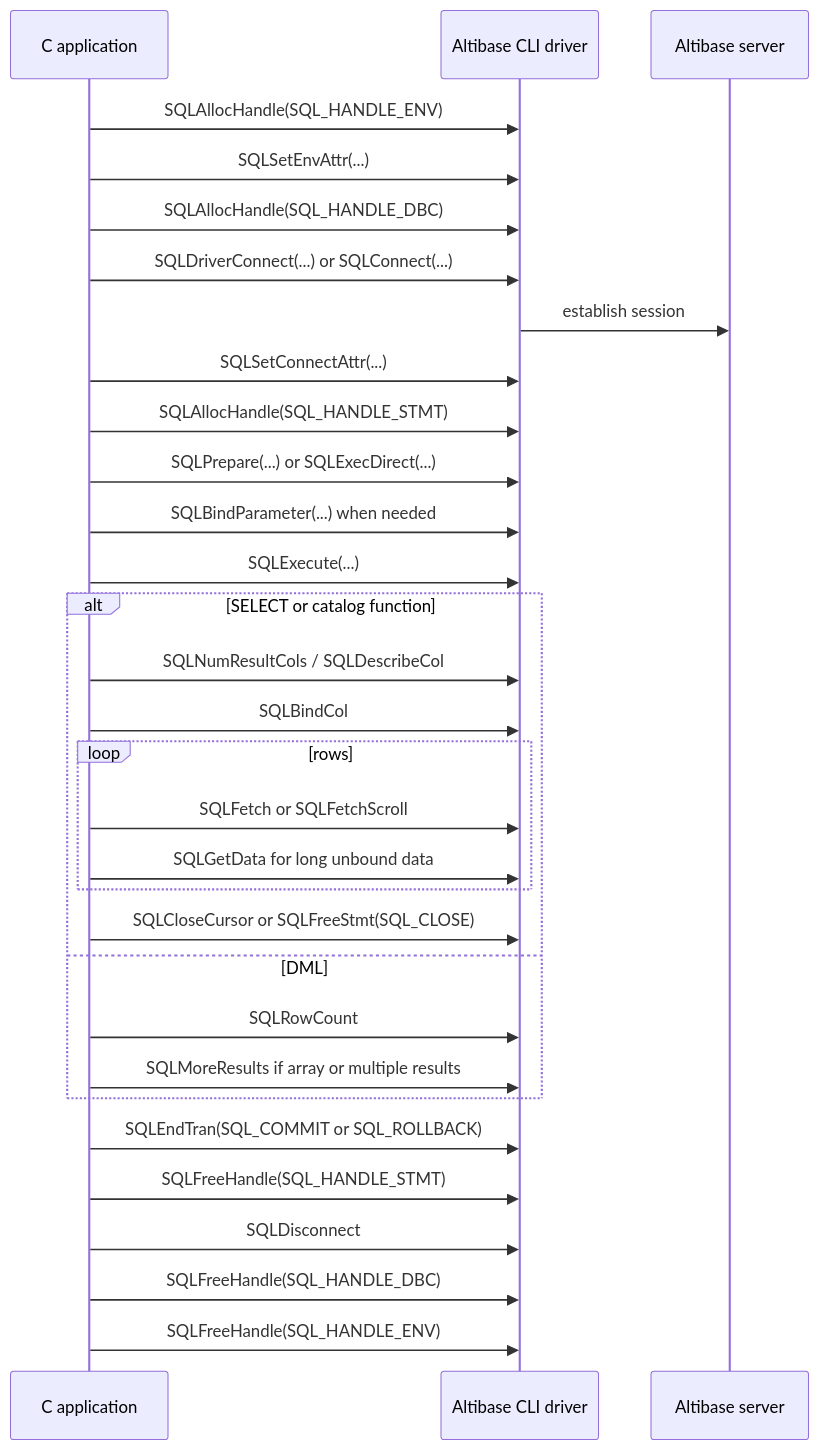
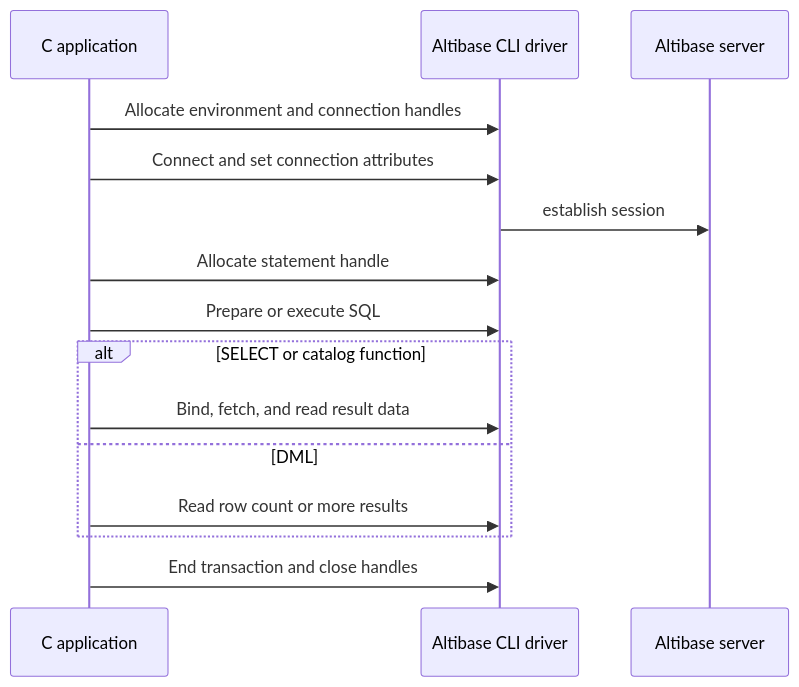
Before and after one commit to et16kr/AltibaseDocuments: the second of 5 diagrams in GPTs/attachments/12_c_cli_odbc_precompiler.md, drawn with Mermaid. The commit also changed other lines of this file and 5 other files, not shown here.

First line of the commit message:
Remediate M21: Split or simplify oversized Mermaid diagrams listed by R14, or move l...

````diff
--- a/GPTs/attachments/12_c_cli_odbc_precompiler.md
+++ b/GPTs/attachments/12_c_cli_odbc_precompiler.md
@@ -109,33 +109,17 @@
 ```mermaid
 sequenceDiagram
   participant App as C application
   participant CLI as Altibase CLI driver
   participant DB as Altibase server
-  App->>CLI: SQLAllocHandle(SQL_HANDLE_ENV)
-  App->>CLI: SQLSetEnvAttr(...)
-  App->>CLI: SQLAllocHandle(SQL_HANDLE_DBC)
-  App->>CLI: SQLDriverConnect(...) or SQLConnect(...)
+  App->>CLI: Allocate environment and connection handles
+  App->>CLI: Connect and set connection attributes
   CLI->>DB: establish session
-  App->>CLI: SQLSetConnectAttr(...)
-  App->>CLI: SQLAllocHandle(SQL_HANDLE_STMT)
-  App->>CLI: SQLPrepare(...) or SQLExecDirect(...)
-  App->>CLI: SQLBindParameter(...) when needed
-  App->>CLI: SQLExecute(...)
+  App->>CLI: Allocate statement handle
+  App->>CLI: Prepare or execute SQL
   alt SELECT or catalog function
-    App->>CLI: SQLNumResultCols / SQLDescribeCol
-    App->>CLI: SQLBindCol
-    loop rows
-      App->>CLI: SQLFetch or SQLFetchScroll
-      App->>CLI: SQLGetData for long unbound data
-    end
-    App->>CLI: SQLCloseCursor or SQLFreeStmt(SQL_CLOSE)
+    App->>CLI: Bind, fetch, and read result data
   else DML
-    App->>CLI: SQLRowCount
-    App->>CLI: SQLMoreResults if array or multiple results
+    App->>CLI: Read row count or more results
   end
-  App->>CLI: SQLEndTran(SQL_COMMIT or SQL_ROLLBACK)
-  App->>CLI: SQLFreeHandle(SQL_HANDLE_STMT)
-  App->>CLI: SQLDisconnect
-  App->>CLI: SQLFreeHandle(SQL_HANDLE_DBC)
-  App->>CLI: SQLFreeHandle(SQL_HANDLE_ENV)
+  App->>CLI: End transaction and close handles
 ```
````
